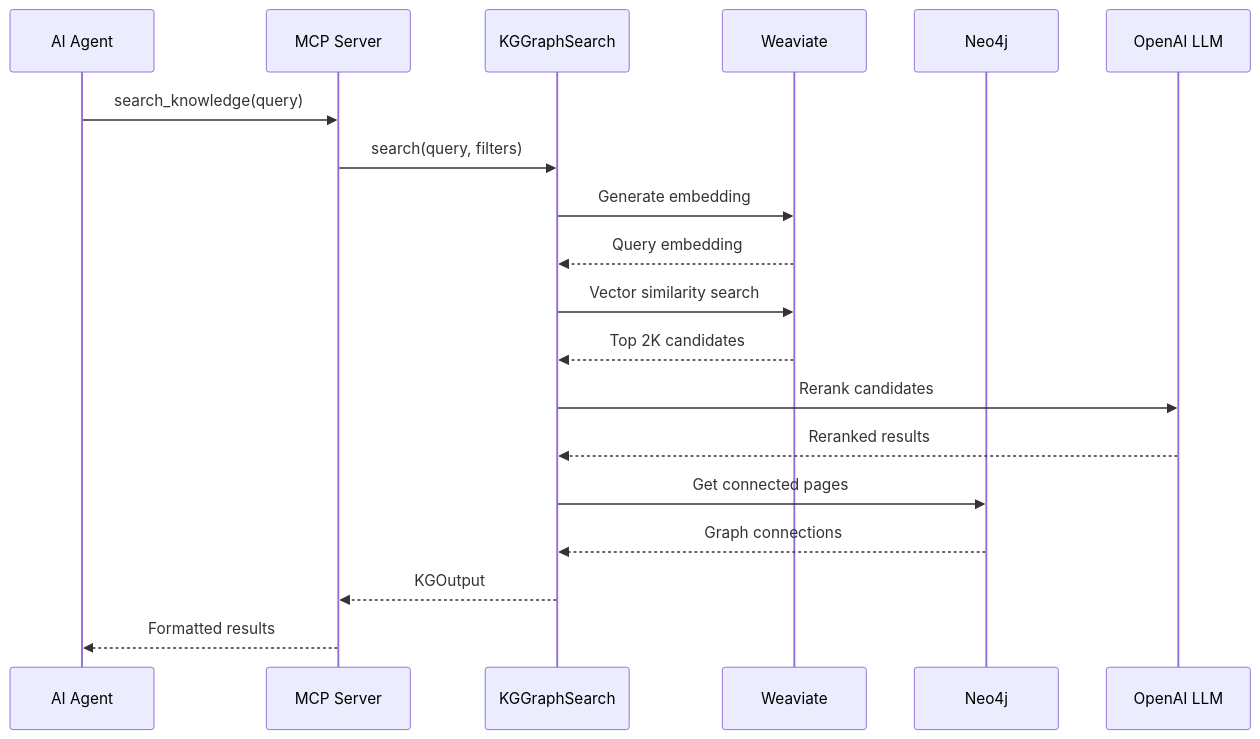
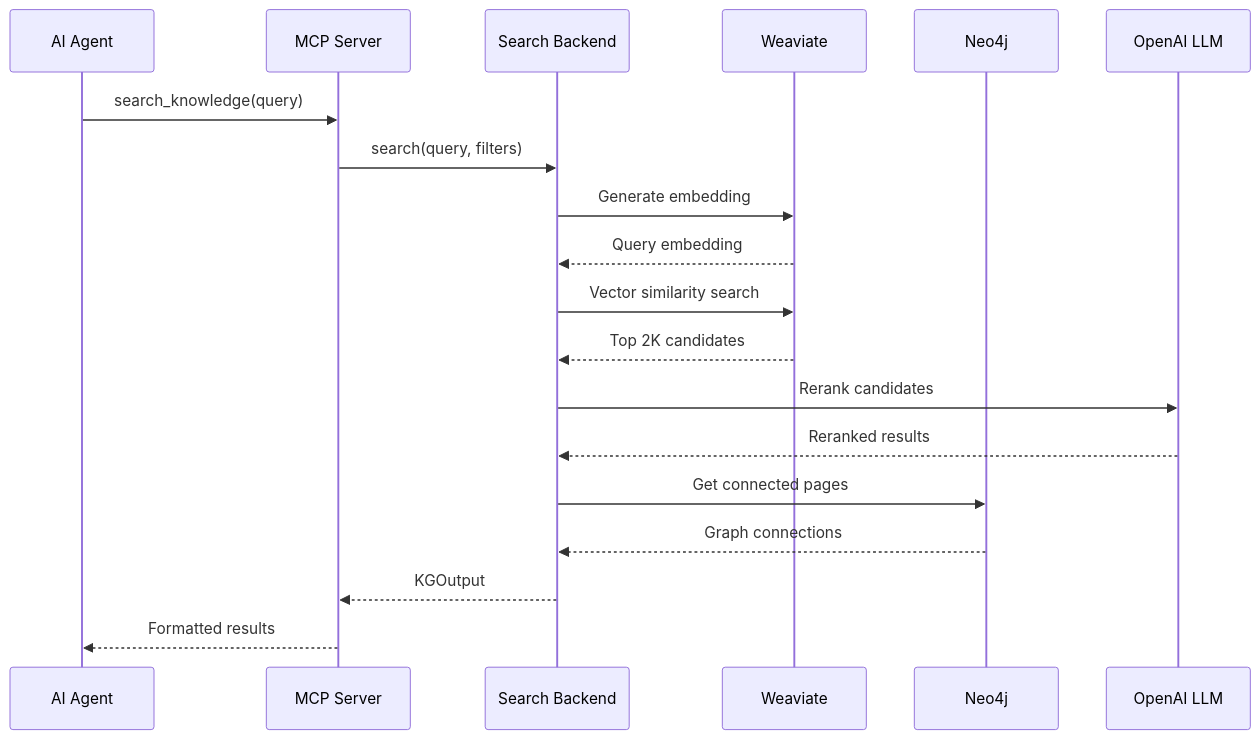
One commit to Leeroo-AI/kapso changed the second of 3 diagrams in docs/components/wiki-mcp/overview.mdx. Above: the diagram before and after it, drawn with Mermaid. The commit also changed other lines of this file, not shown here.

````diff
--- a/docs/components/wiki-mcp/overview.mdx
+++ b/docs/components/wiki-mcp/overview.mdx
@@ -180,22 +312,22 @@
 ```mermaid
 sequenceDiagram
     participant Agent as AI Agent
     participant MCP as MCP Server
-    participant Search as KGGraphSearch
+    participant Search as Search Backend
     participant WV as Weaviate
     participant Neo as Neo4j
     participant LLM as OpenAI LLM
 
     Agent->>MCP: search_knowledge(query)
     MCP->>Search: search(query, filters)
     Search->>WV: Generate embedding
     WV-->>Search: Query embedding
     Search->>WV: Vector similarity search
     WV-->>Search: Top 2K candidates
     Search->>LLM: Rerank candidates
     LLM-->>Search: Reranked results
     Search->>Neo: Get connected pages
     Neo-->>Search: Graph connections
     Search-->>MCP: KGOutput
     MCP-->>Agent: Formatted results
 ```
````
